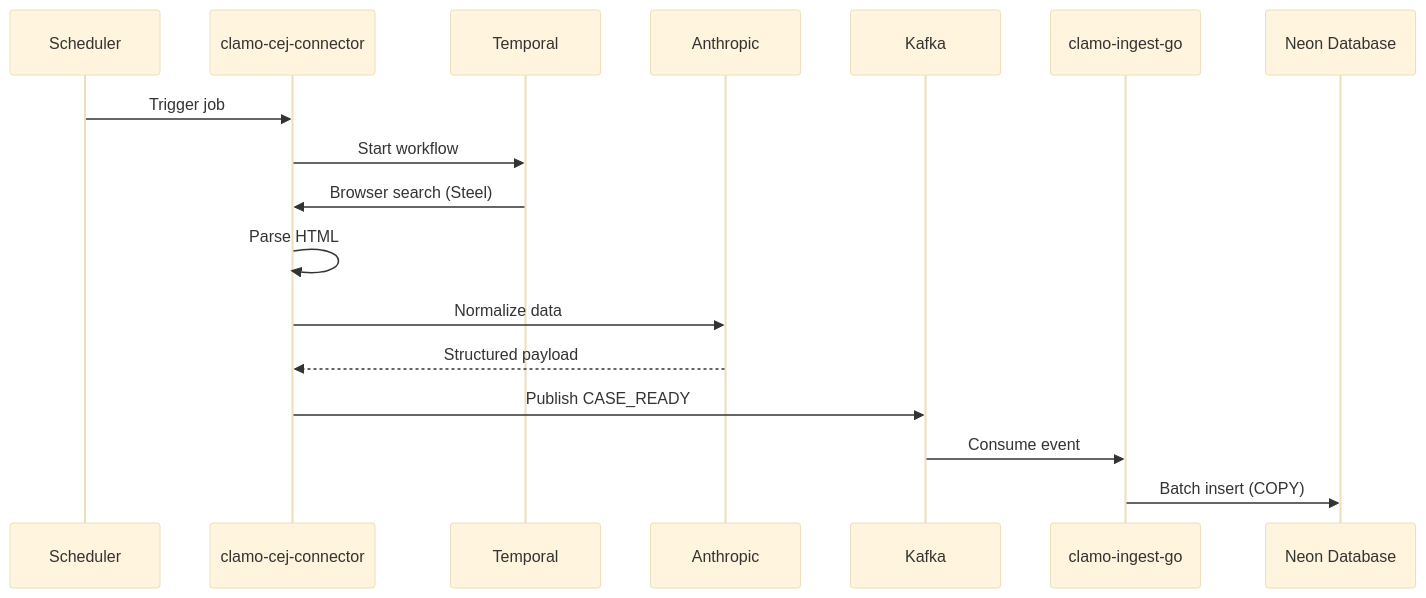
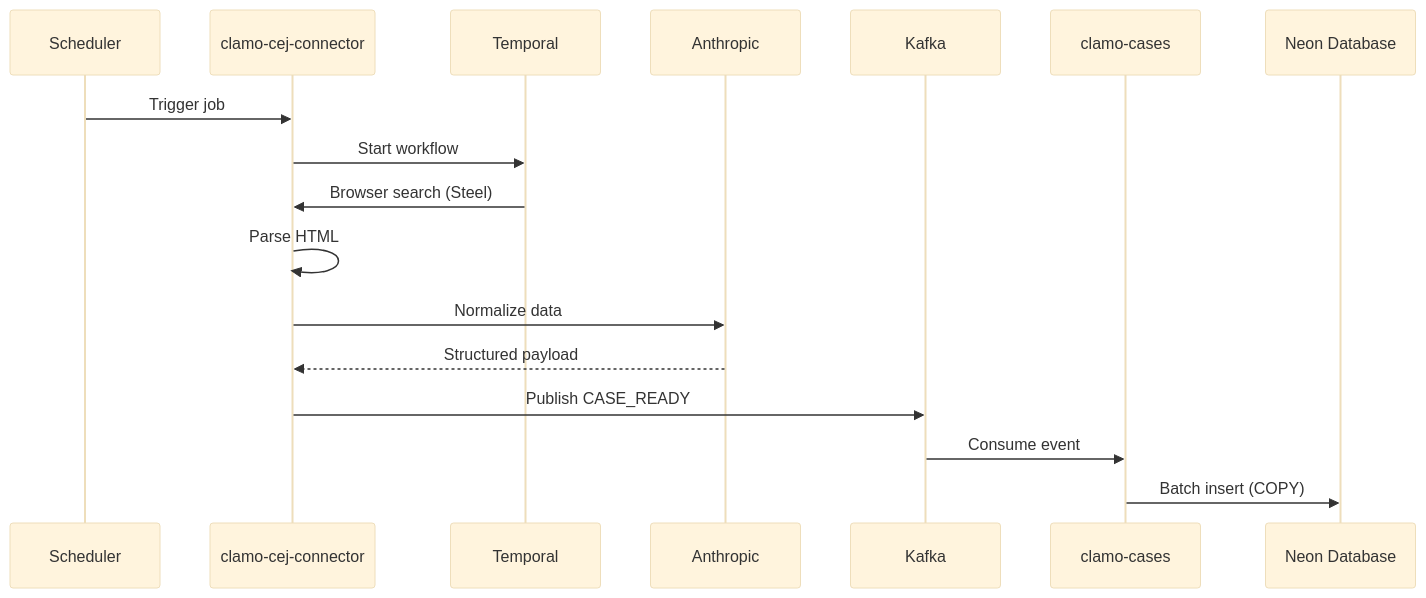
Before and after one commit to GetClamo/docs: the third of 3 diagrams in es/inicio/arquitectura.mdx, drawn with Mermaid (base theme). The commit also changed other lines of this file and 93 other files, not shown here.

````diff
--- a/es/inicio/arquitectura.mdx
+++ b/es/inicio/arquitectura.mdx
@@ -141,20 +138,20 @@
 ```mermaid
 sequenceDiagram
     participant S as Scheduler
     participant CEJ as clamo-cej-connector
     participant T as Temporal
     participant LLM as Anthropic
     participant K as Kafka
-    participant I as clamo-ingest-go
+    participant Cases as clamo-cases
     participant DB as Neon Database
 
     S->>CEJ: Trigger job
     CEJ->>T: Start workflow
     T->>CEJ: Browser search (Steel)
     CEJ->>CEJ: Parse HTML
     CEJ->>LLM: Normalize data
     LLM-->>CEJ: Structured payload
     CEJ->>K: Publish CASE_READY
-    K->>I: Consume event
-    I->>DB: Batch insert (COPY)
+    K->>Cases: Consume event
+    Cases->>DB: Batch insert (COPY)
 ```
````
